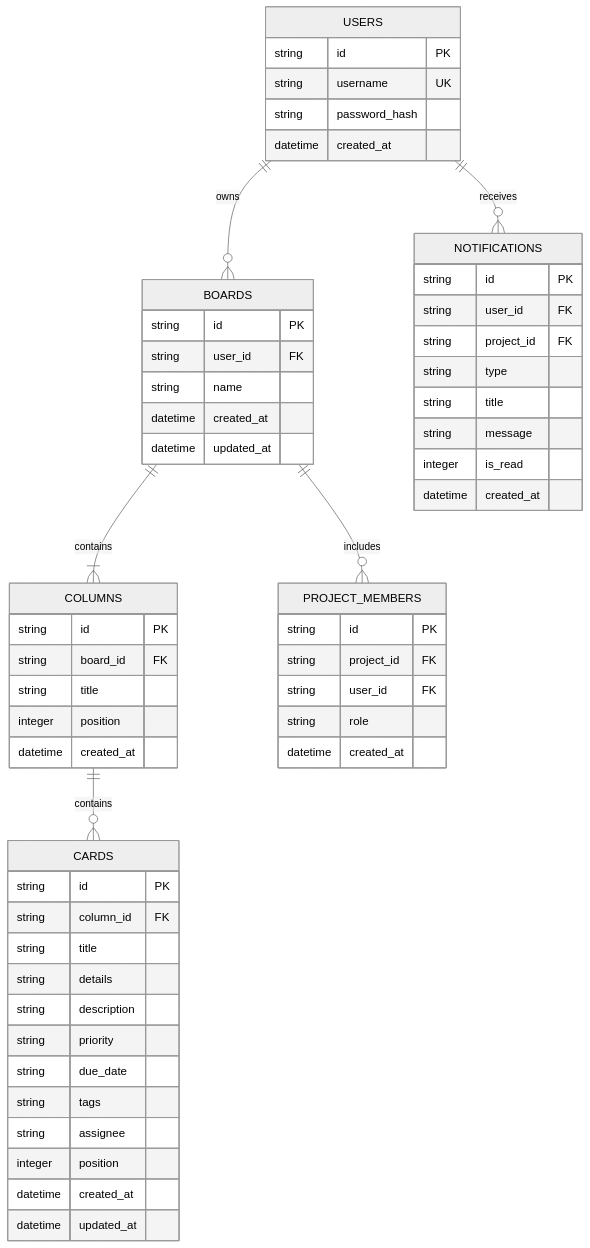
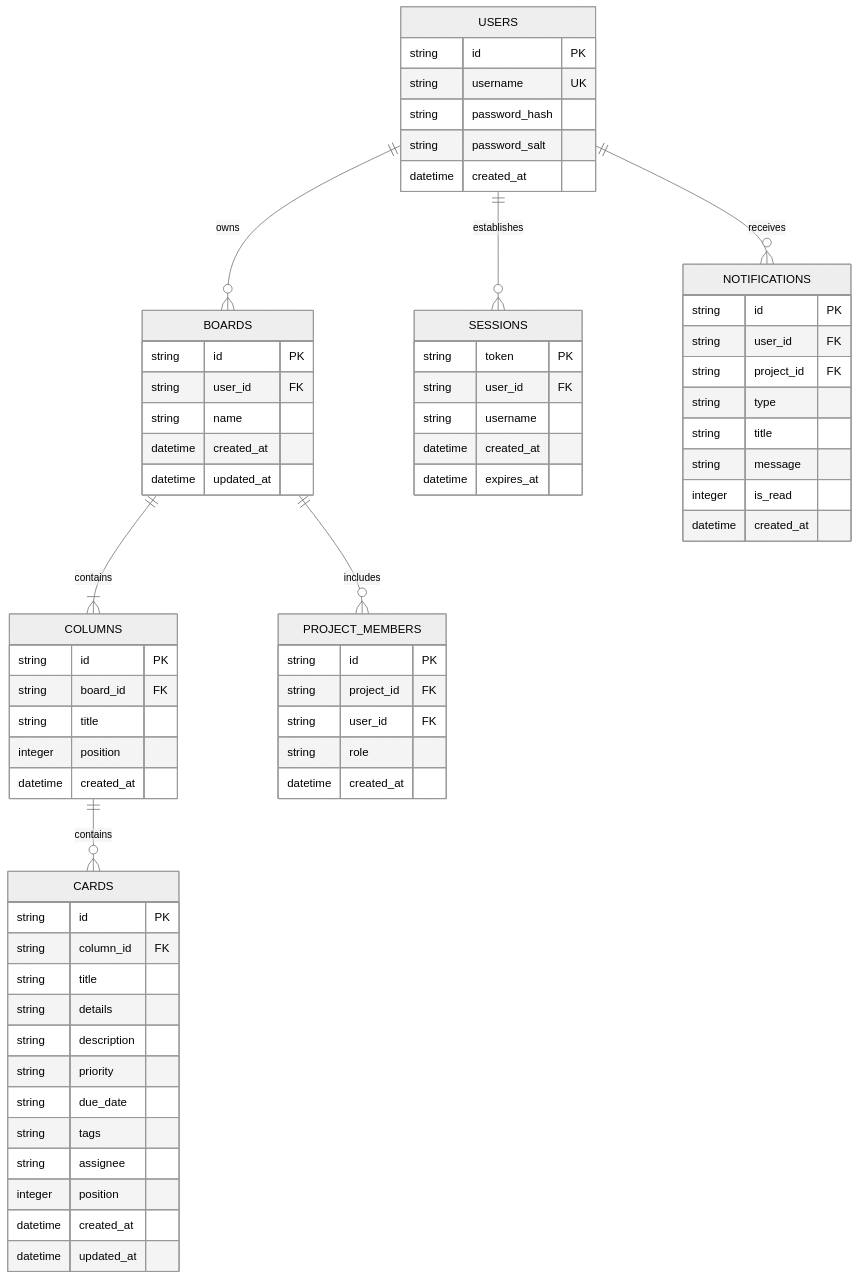
Before and after one commit to Thanniru-yaswanth03/Drag-N-Drop: the diagram in pm/docs/DATABASE.md, drawn with Mermaid (neutral theme). The commit also changed other lines of this file and 3 other files, not shown here.

````diff
--- a/pm/docs/DATABASE.md
+++ b/pm/docs/DATABASE.md
@@ -11,65 +15,75 @@
 ```mermaid
 erDiagram
     USERS ||--o{ BOARDS : owns
+    USERS ||--o{ SESSIONS : establishes
     BOARDS ||--|{ COLUMNS : contains
     COLUMNS ||--o{ CARDS : contains
     BOARDS ||--o{ PROJECT_MEMBERS : includes
     USERS ||--o{ NOTIFICATIONS : receives
+
+    SESSIONS {
+        string token PK
+        string user_id FK
+        string username
+        datetime created_at
+        datetime expires_at
+    }
 
     NOTIFICATIONS {
         string id PK
         string user_id FK
         string project_id FK
         string type
         string title
         string message
         integer is_read
         datetime created_at
     }
 
     PROJECT_MEMBERS {
         string id PK
         string project_id FK
         string user_id FK
         string role
         datetime created_at
     }
 
     USERS {
         string id PK
         string username UK
         string password_hash
+        string password_salt
         datetime created_at
     }
 
     BOARDS {
         string id PK
         string user_id FK
         string name
         datetime created_at
         datetime updated_at
     }
 
     COLUMNS {
         string id PK
         string board_id FK
         string title
         integer position
         datetime created_at
     }
 
     CARDS {
         string id PK
         string column_id FK
         string title
         string details
         string description
         string priority
         string due_date
         string tags
         string assignee
         integer position
         datetime created_at
         datetime updated_at
     }
 ```
````
